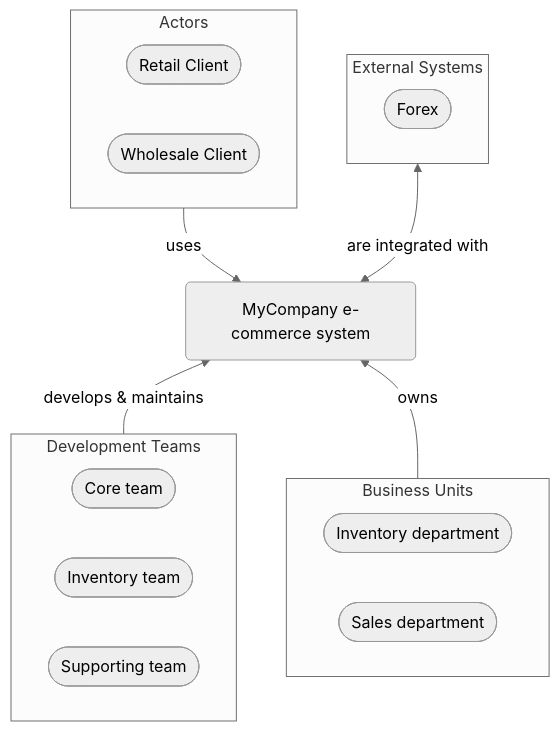
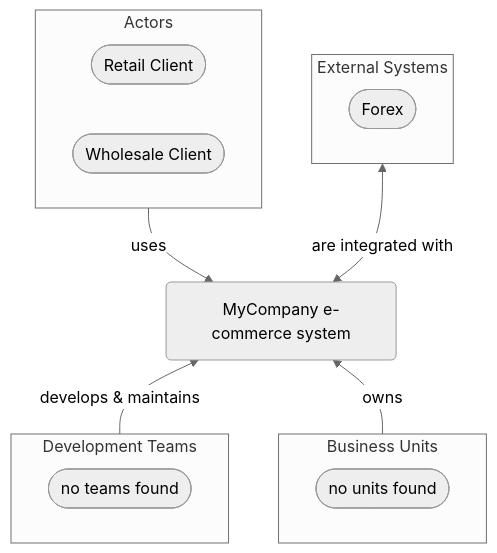
The diagram in Docs/P3/MermaidOutput/README.md (itlibrium/DDD-starter-dotnet), drawn with Mermaid (neutral theme) before and after one commit. The commit also changed 68 other files, not shown here.

````diff
--- a/Docs/P3/MermaidOutput/README.md
+++ b/Docs/P3/MermaidOutput/README.md
@@ -11,32 +11,29 @@
 ```mermaid
   flowchart TB
     0(MyCompany e-commerce system)
     subgraph 1["Actors"]
       2([Retail Client])
       3([Wholesale Client])
     end
     1-->|uses|0
     subgraph 4["External Systems"]
       5([Forex])
     end
     4<-->|are integrated with|0
     subgraph 6["Development Teams"]
-      7([Core team])
-      8([Inventory team])
-      9([Supporting team])
+      7([no teams found])
     end
     0---6
     6-->|develops & maintains|0
     6---0
-    subgraph 10["Business Units"]
-      11([Inventory department])
-      12([Sales department])
+    subgraph 8["Business Units"]
+      9([no units found])
     end
-    0---10
-    10-->|owns|0
-    10---0
+    0---8
+    8-->|owns|0
+    8---0
     linkStyle 2,4,5,7 stroke:none
     classDef DomainPerspective stroke:#009900
     classDef TechnologyPerspective stroke:#1F41EB
     classDef PeoplePerspective stroke:#FFF014
 ```
````
